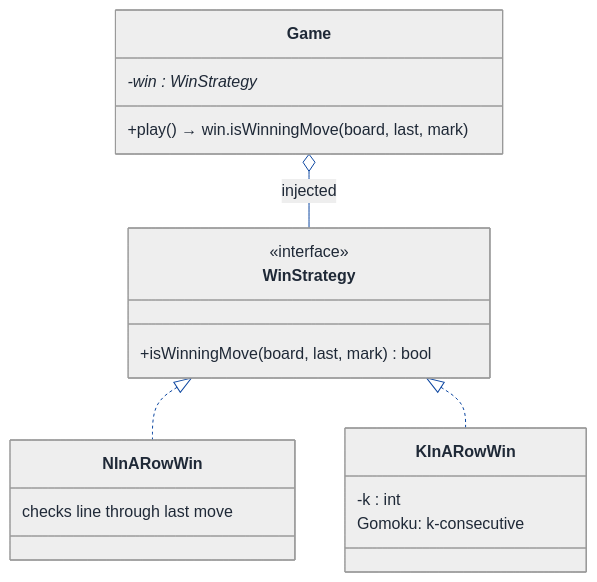
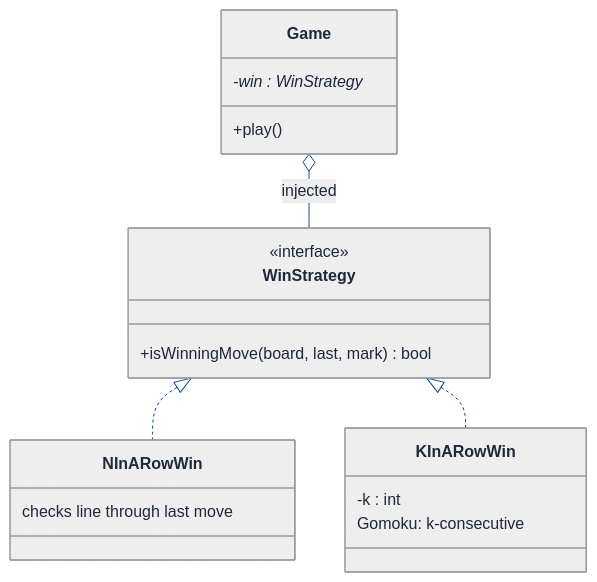
The third of 5 diagrams in LLD/Topics/Strategy_Pattern/Tic_Tac_Toe.md (Prateek-5/question-bank), drawn with Mermaid before and after one commit. The commit also changed other lines of this file and 61 other files, not shown here.

First line of the commit message:
Fix invalid mermaid classDiagram member syntax across LLD walkthroughs

````diff
--- a/LLD/Topics/Strategy_Pattern/Tic_Tac_Toe.md
+++ b/LLD/Topics/Strategy_Pattern/Tic_Tac_Toe.md
@@ -538,54 +538,54 @@
 ```mermaid
 ---
 config:
   theme: neutral
   themeVariables:
     background: '#ffffff'
     primaryColor: '#cfe2ff'
     primaryTextColor: '#1f2937'
     primaryBorderColor: '#084298'
     secondaryColor: '#fff3cd'
     secondaryTextColor: '#1f2937'
     secondaryBorderColor: '#664d03'
     tertiaryColor: '#d1e7dd'
     tertiaryTextColor: '#1f2937'
     tertiaryBorderColor: '#0a3622'
     lineColor: '#0d47a1'
     textColor: '#1f2937'
     noteBkgColor: '#fff3cd'
     noteTextColor: '#1f2937'
     noteBorderColor: '#997404'
     actorBkg: '#cfe2ff'
     actorBorder: '#084298'
     actorTextColor: '#1f2937'
     signalColor: '#0d47a1'
     signalTextColor: '#1f2937'
     labelBoxBkgColor: '#ffffff'
     labelBoxBorderColor: '#d3d3d3'
     labelTextColor: '#1f2937'
     edgeLabelBackground: '#ffffff'
     labelBackground: '#ffffff'
     classText: '#1f2937'
     fontFamily: 'system-ui, -apple-system, Segoe UI, Helvetica, Arial, sans-serif'
 ---
 classDiagram
   direction TB
   class Game {
     -win : WinStrategy*
-    +play()  → win.isWinningMove(board, last, mark)
+    +play()
   }
   class WinStrategy {
     <<interface>>
     +isWinningMove(board, last, mark) bool
   }
   class NInARowWin {
     checks line through last move
   }
   class KInARowWin {
     -k : int
     Gomoku: k-consecutive
   }
   Game o-- WinStrategy : injected
   WinStrategy <|.. NInARowWin
   WinStrategy <|.. KInARowWin
 ```
````
